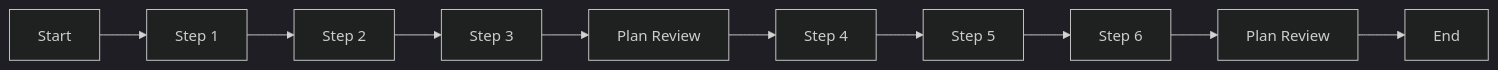
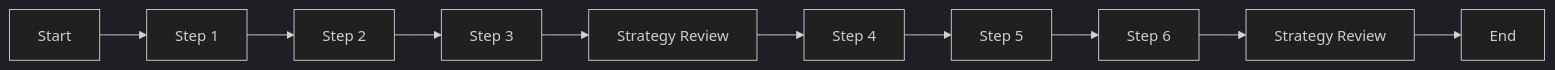
The second of 2 diagrams in DatapizzAI/PizzAI/Agents/README_AGENT_COMPLETE_GUIDE_EN.md (Rkomi98/Datapizza), drawn with Mermaid (dark theme) before and after one commit. The commit also changed other lines of this file, not shown here.

````diff
--- a/DatapizzAI/PizzAI/Agents/README_AGENT_COMPLETE_GUIDE_EN.md
+++ b/DatapizzAI/PizzAI/Agents/README_AGENT_COMPLETE_GUIDE_EN.md
@@ -232,12 +254,12 @@
 ```mermaid
 flowchart LR
     A[Start] --> S1[Step 1]
     S1 --> S2[Step 2]
     S2 --> S3[Step 3]
-    S3 --> P[Plan Review]
+    S3 --> P[Strategy Review]
     P --> S4[Step 4]
     S4 --> S5[Step 5]
     S5 --> S6[Step 6]
-    S6 --> P2[Plan Review]
+    S6 --> P2[Strategy Review]
     P2 --> E[End]
 ```
````
